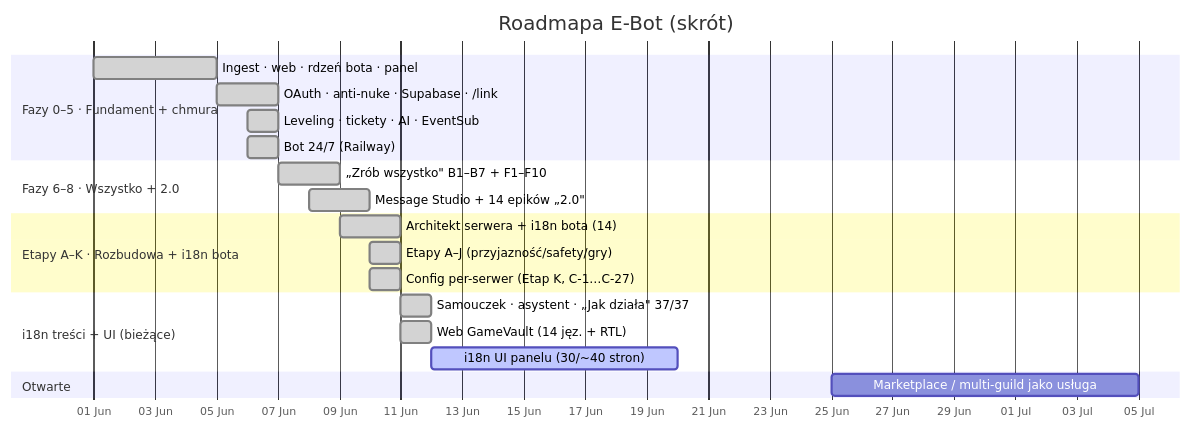
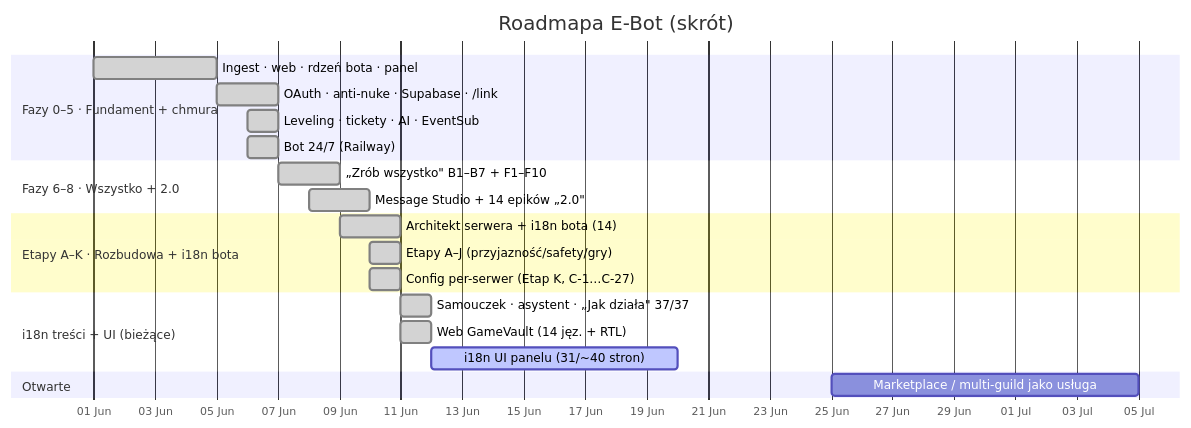
Before and after one commit to Gh0s777tt/E-Bot: the first of 2 diagrams in docs/ROADMAP.md, drawn with Mermaid. The commit also changed other lines of this file and 5 other files, not shown here.

````diff
--- a/docs/ROADMAP.md
+++ b/docs/ROADMAP.md
@@ -23,24 +23,24 @@
 ```mermaid
 gantt
   title Roadmapa E-Bot (skrót)
   dateFormat YYYY-MM-DD
   axisFormat %d %b
   section Fazy 0–5 · Fundament + chmura
   Ingest · web · rdzeń bota · panel    :done, f0, 2026-06-01, 4d
   OAuth · anti-nuke · Supabase · /link :done, f1, 2026-06-05, 2d
   Leveling · tickety · AI · EventSub   :done, f4, 2026-06-06, 1d
   Bot 24/7 (Railway)                   :done, f5, 2026-06-06, 1d
   section Fazy 6–8 · Wszystko + 2.0
   „Zrób wszystko" B1–B7 + F1–F10       :done, f7, 2026-06-07, 2d
   Message Studio + 14 epików „2.0"     :done, f8, 2026-06-08, 2d
   section Etapy A–K · Rozbudowa + i18n bota
   Architekt serwera + i18n bota (14)   :done, ek1, 2026-06-09, 2d
   Etapy A–J (przyjazność/safety/gry)   :done, ek2, 2026-06-10, 1d
   Config per-serwer (Etap K, C-1…C-27) :done, ek3, 2026-06-10, 1d
   section i18n treści + UI (bieżące)
   Samouczek · asystent · „Jak działa" 37/37 :done, i1, 2026-06-11, 1d
   Web GameVault (14 jęz. + RTL)        :done, i2, 2026-06-11, 1d
-  i18n UI panelu (30/~40 stron)        :active, i3, 2026-06-12, 8d
+  i18n UI panelu (31/~40 stron)        :active, i3, 2026-06-12, 8d
   section Otwarte
   Marketplace / multi-guild jako usługa :        mk, 2026-06-25, 10d
 ```
````
